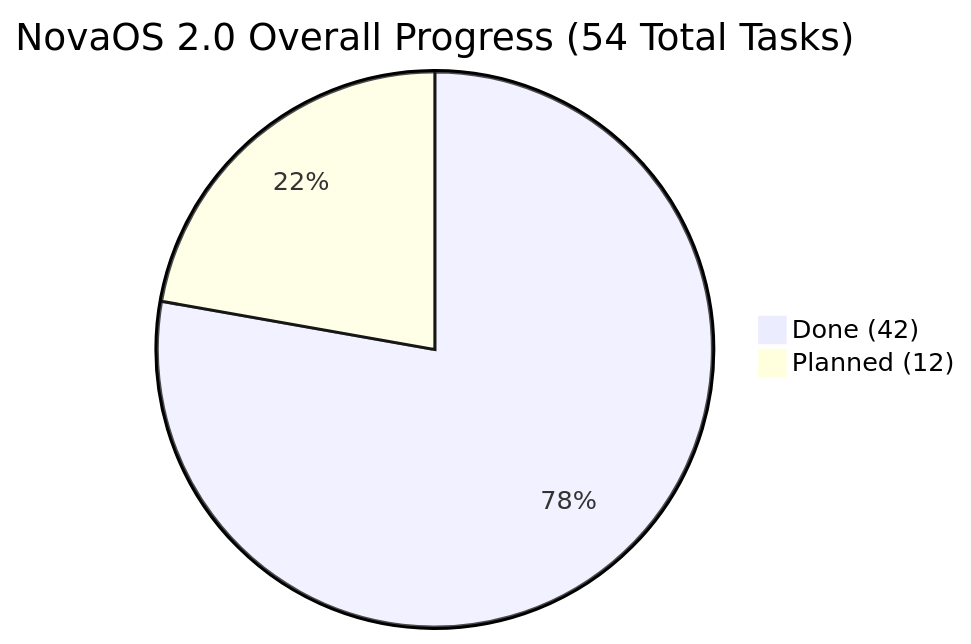
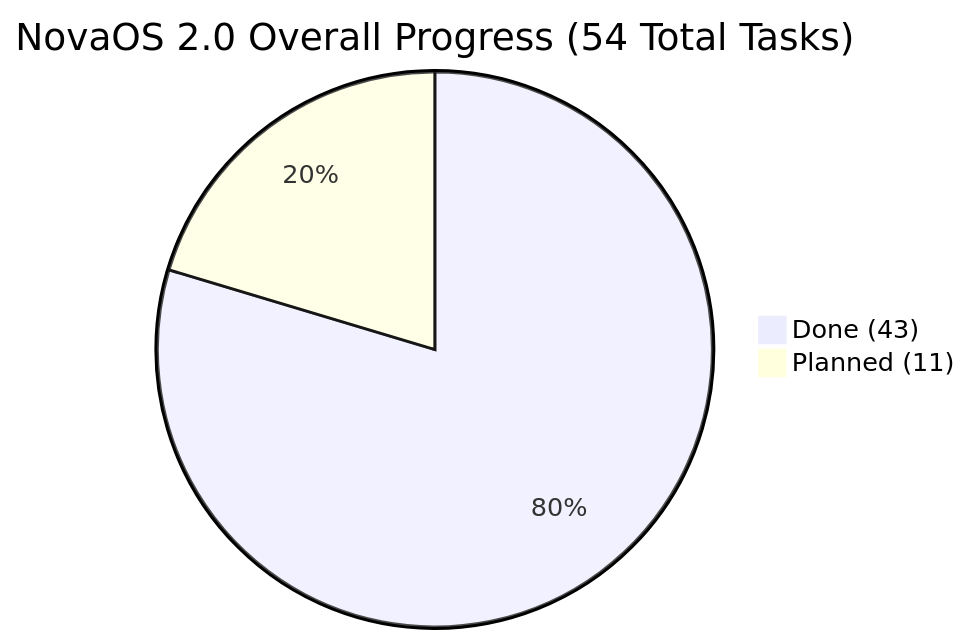
One commit to firoze-hossain/novaos changed the diagram in NovaOS_Build_Plan.md. Above: the diagram before and after it, drawn with Mermaid. The commit also changed other lines of this file and 11 other files, not shown here.

````diff
--- a/NovaOS_Build_Plan.md
+++ b/NovaOS_Build_Plan.md
@@ -9,5 +9,5 @@
 ```mermaid
 pie title NovaOS 2.0 Overall Progress (54 Total Tasks)
-    "Done (42)" : 42
-    "Planned (12)" : 12
+    "Done (43)" : 43
+    "Planned (11)" : 11
 ```
````
